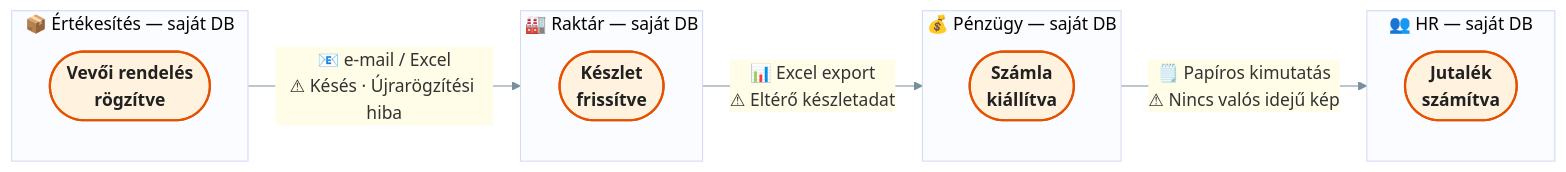
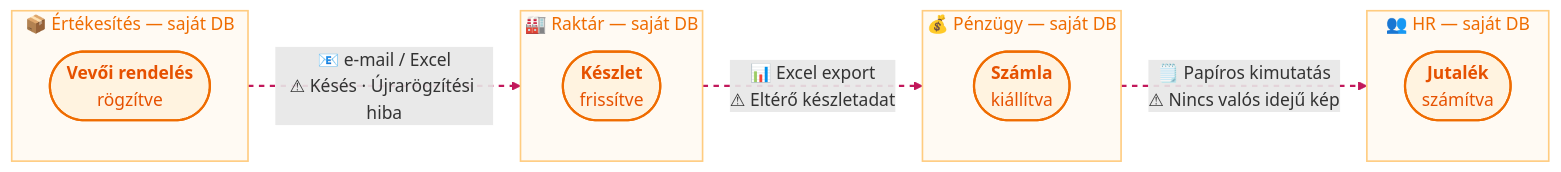
One commit to denespocsik/MM_BSC_Zarovizsga changed the second of 2 diagrams in Tételek/V11-GMXIV2MBLF-Informatikai fejlődés és szigetrendszerek.tétel.md. Above: the diagram before and after it, drawn with Mermaid. The commit also changed other lines of this file and 34 other files, not shown here.

First line of the commit message:
style(tételek): egységes vizuális arculat a Mermaid-diagramokhoz

````diff
--- a/Tételek/V11-GMXIV2MBLF-Informatikai fejlődés és szigetrendszerek.tétel.md
+++ b/Tételek/V11-GMXIV2MBLF-Informatikai fejlődés és szigetrendszerek.tétel.md
@@ -57,22 +57,28 @@
 ```mermaid
-%%{init: {'theme': 'base', 'themeVariables': {'primaryColor': '#FFF8E1', 'primaryBorderColor': '#E65100', 'lineColor': '#78909C', 'edgeLabelBackground': '#FFFDE7'}}}%%
 flowchart LR
-    classDef proc fill:#FFF3E0,stroke:#E65100,stroke-width:2px,color:#212121,font-weight:bold
-
     subgraph Ert["📦 Értékesítés — saját DB"]
-        SO(["Vevői rendelés\nrögzítve"]):::proc
+        SO(["<b>Vevői rendelés</b><br/>rögzítve"]):::narancs
     end
     subgraph Rak["🏭 Raktár — saját DB"]
-        GI(["Készlet\nfrissítve"]):::proc
+        GI(["<b>Készlet</b><br/>frissítve"]):::narancs
     end
     subgraph Pen["💰 Pénzügy — saját DB"]
-        INV(["Számla\nkiállítva"]):::proc
+        INV(["<b>Számla</b><br/>kiállítva"]):::narancs
     end
     subgraph HR_["👥 HR — saját DB"]
-        PAY(["Jutalék\nszámítva"]):::proc
+        PAY(["<b>Jutalék</b><br/>számítva"]):::narancs
     end
 
-    Ert -->|"📧 e-mail / Excel\n⚠ Késés · Újrarögzítési hiba"| Rak
-    Rak -->|"📊 Excel export\n⚠ Eltérő készletadat"| Pen
-    Pen -->|"🗒️ Papíros kimutatás\n⚠ Nincs valós idejű kép"| HR_
+    Ert -->|"📧 e-mail / Excel<br/>⚠ Késés · Újrarögzítési hiba"| Rak
+    Rak -->|"📊 Excel export<br/>⚠ Eltérő készletadat"| Pen
+    Pen -->|"🗒️ Papíros kimutatás<br/>⚠ Nincs valós idejű kép"| HR_
+
+    classDef narancs fill:#fff3e0,stroke:#ef6c00,stroke-width:2px,color:#e65100,rx:10,ry:10;
+
+    style Ert fill:#fffaf3,stroke:#ffcc80,stroke-width:1.5px,color:#ef6c00;
+    style Rak fill:#fffaf3,stroke:#ffcc80,stroke-width:1.5px,color:#ef6c00;
+    style Pen fill:#fffaf3,stroke:#ffcc80,stroke-width:1.5px,color:#ef6c00;
+    style HR_ fill:#fffaf3,stroke:#ffcc80,stroke-width:1.5px,color:#ef6c00;
+
+    linkStyle default stroke:#c2185b,stroke-width:2px,stroke-dasharray: 5 5;
 ```
````
